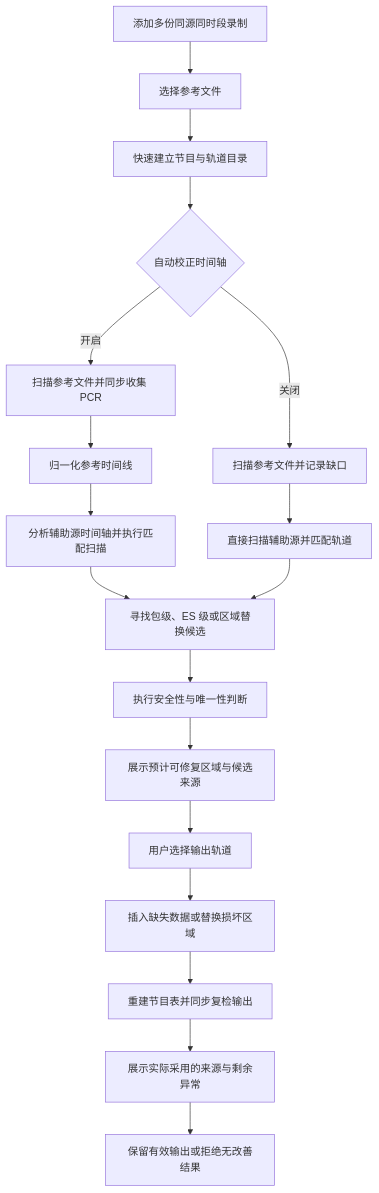
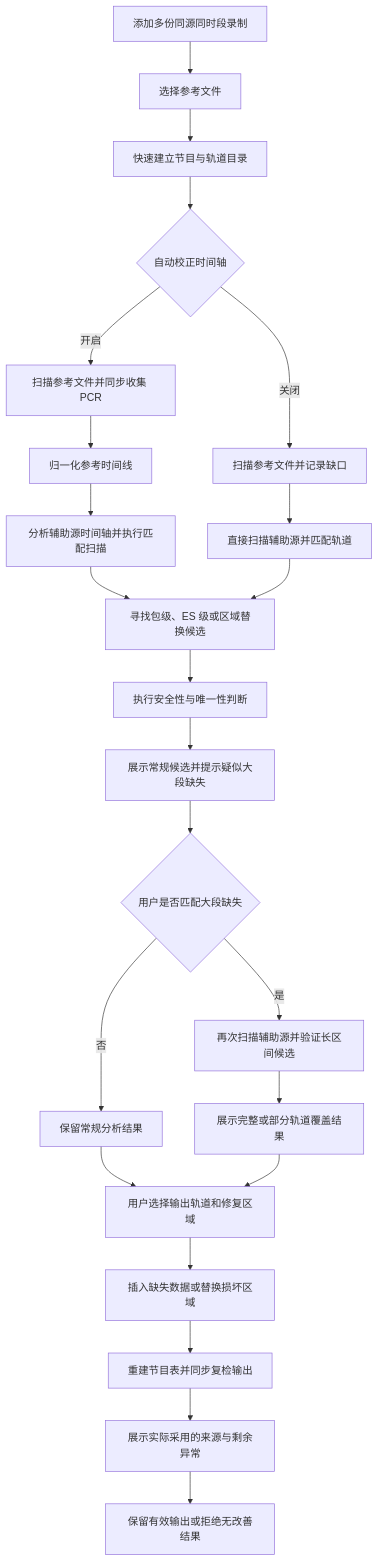
One commit to nilaoda/TSCutter.GUI changed the diagram in docs/TS多源修复设计方案.md. Above: the diagram before and after it, drawn with Mermaid. The commit also changed other lines of this file and 14 other files, not shown here.

````diff
--- a/docs/TS多源修复设计方案.md
+++ b/docs/TS多源修复设计方案.md
@@ -73,20 +74,25 @@
 ```mermaid
 flowchart TD
     A[添加多份同源同时段录制] --> B[选择参考文件]
     B --> C[快速建立节目与轨道目录]
     C --> D{自动校正时间轴}
     D -->|开启| E[扫描参考文件并同步收集 PCR]
     D -->|关闭| F[扫描参考文件并记录缺口]
     E --> G[归一化参考时间线]
     G --> H[分析辅助源时间轴并执行匹配扫描]
     F --> I[直接扫描辅助源并匹配轨道]
     H --> J[寻找包级、ES 级或区域替换候选]
     I --> J
     J --> K[执行安全性与唯一性判断]
-    K --> L[展示预计可修复区域与候选来源]
-    L --> M[用户选择输出轨道]
-    M --> N[插入缺失数据或替换损坏区域]
-    N --> O[重建节目表并同步复检输出]
-    O --> P[展示实际采用的来源与剩余异常]
-    P --> Q[保留有效输出或拒绝无改善结果]
+    K --> L[展示常规候选并提示疑似大段缺失]
+    L --> M{用户是否匹配大段缺失}
+    M -->|是| N[再次扫描辅助源并验证长区间候选]
+    M -->|否| O[保留常规分析结果]
+    N --> P[展示完整或部分轨道覆盖结果]
+    O --> Q[用户选择输出轨道和修复区域]
+    P --> Q
+    Q --> R[插入缺失数据或替换损坏区域]
+    R --> S[重建节目表并同步复检输出]
+    S --> T[展示实际采用的来源与剩余异常]
+    T --> U[保留有效输出或拒绝无改善结果]
 ```
````
